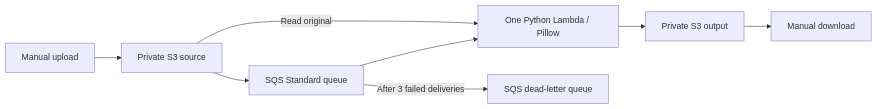
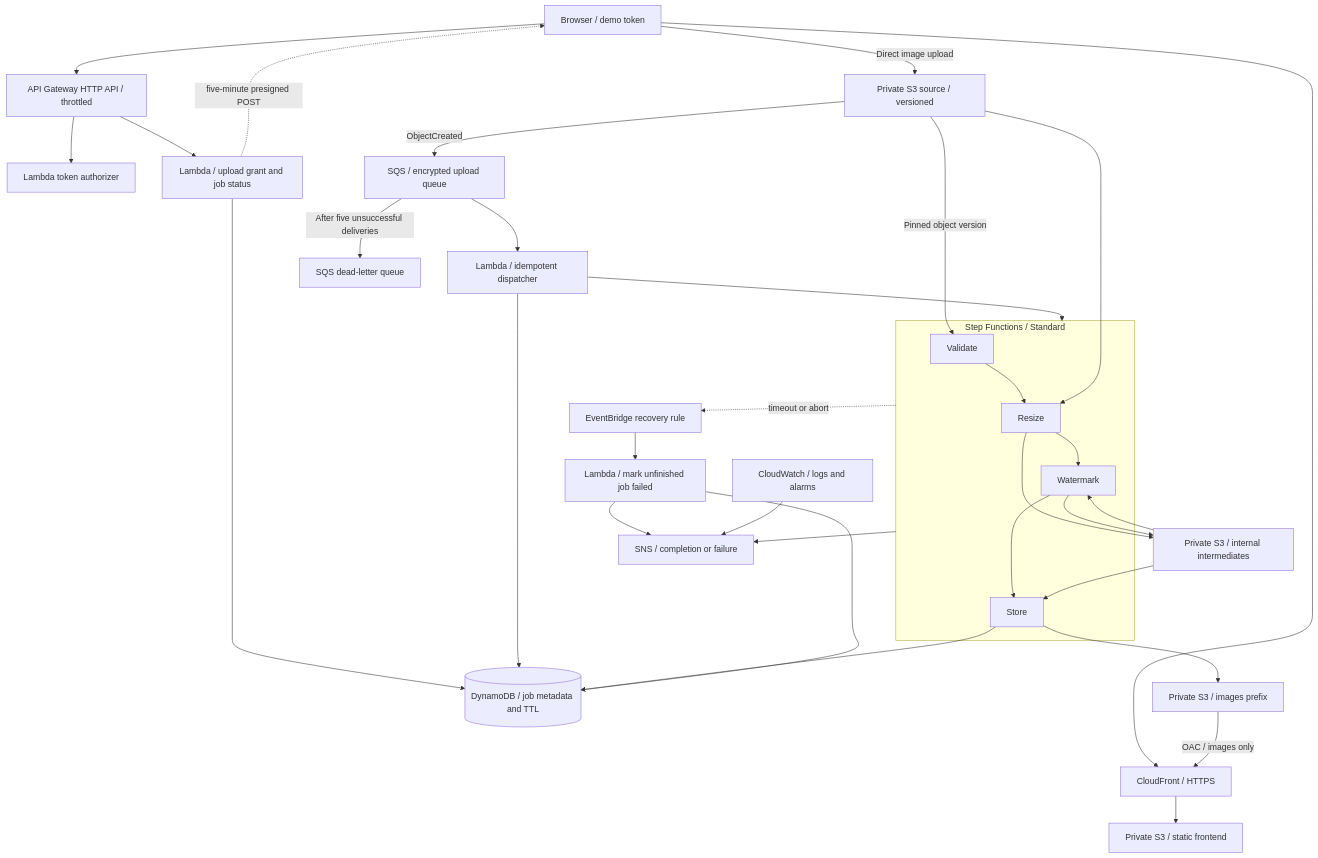
Before and after one commit to HazemBZ/manara-image-pipeline-minimal: the diagram in README.md, drawn with Mermaid. The commit also changed other lines of this file and 32 other files, not shown here.

Commit message:
Publish full image pipeline on main; preserve compact version on minimal

````diff
--- a/README.md
+++ b/README.md
@@ -21,10 +19,34 @@
 ```mermaid
-flowchart LR
-    You[Manual upload] --> Input[Private S3 source]
-    Input --> Queue[SQS Standard queue]
-    Queue --> Lambda[One Python Lambda / Pillow]
-    Input -->|Read original| Lambda
-    Lambda --> Output[Private S3 output]
-    Output --> Download[Manual download]
-    Queue -->|After 3 failed deliveries| DLQ[SQS dead-letter queue]
+flowchart TB
+    User[Browser / demo token] --> CDN[CloudFront / HTTPS]
+    CDN --> Web[Private S3 / static frontend]
+    User --> API[API Gateway HTTP API / throttled]
+    API --> Auth[Lambda token authorizer]
+    API --> Upload[Lambda / upload grant and job status]
+    Upload --> DB[(DynamoDB / job metadata and TTL)]
+    Upload -. five-minute presigned POST .-> User
+    User -->|Direct image upload| Source[Private S3 source / versioned]
+    Source -->|ObjectCreated| Queue[SQS / encrypted upload queue]
+    Queue --> Dispatcher[Lambda / idempotent dispatcher]
+    Queue -->|After five unsuccessful deliveries| DLQ[SQS dead-letter queue]
+    Dispatcher --> DB
+    Dispatcher --> Workflow
+    subgraph Workflow[Step Functions / Standard]
+        Validate[Validate] --> Resize[Resize] --> Watermark[Watermark] --> Store[Store]
+    end
+    Source -->|Pinned object version| Validate
+    Source --> Resize
+    Resize --> Internal[Private S3 / internal intermediates]
+    Internal --> Watermark
+    Watermark --> Internal
+    Internal --> Store
+    Store --> Dest[Private S3 / images prefix]
+    Store --> DB
+    Workflow --> SNS[SNS / completion or failure]
+    Dest -->|OAC / images only| CDN
+    Workflow -. timeout or abort .-> Events[EventBridge recovery rule]
+    Events --> Recovery[Lambda / mark unfinished job failed]
+    Recovery --> DB
+    Recovery --> SNS
+    Metrics[CloudWatch / logs and alarms] --> SNS
 ```
````
